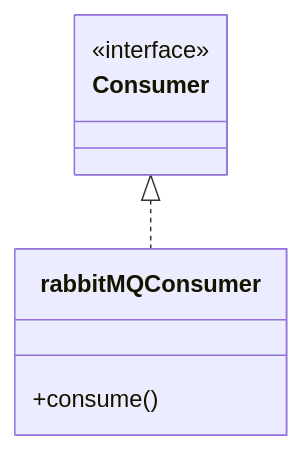
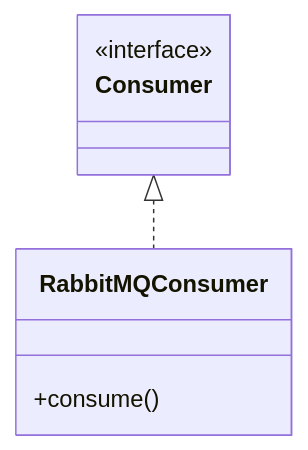
One commit to lostipani/pastiposte changed the fourth of 4 diagrams in README.md. Above: the diagram before and after it, drawn with Mermaid. The commit also changed 11 other files, not shown here.

````diff
--- a/README.md
+++ b/README.md
@@ -130,9 +130,9 @@
 ```mermaid
 classDiagram
     class Consumer
     <<interface>> Consumer
-    Consumer <|.. rabbitMQConsumer
-    class rabbitMQConsumer{
+    Consumer <|.. RabbitMQConsumer
+    class RabbitMQConsumer{
         +consume()
     }
 ```
````
